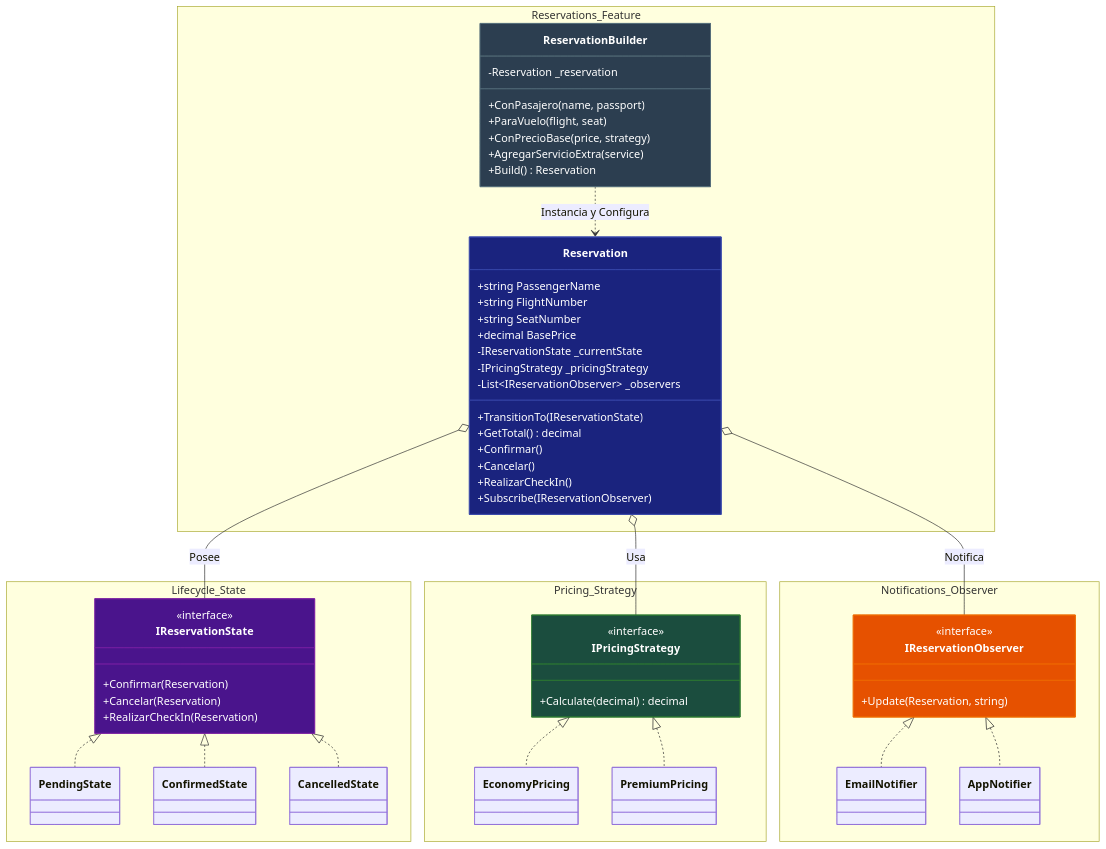
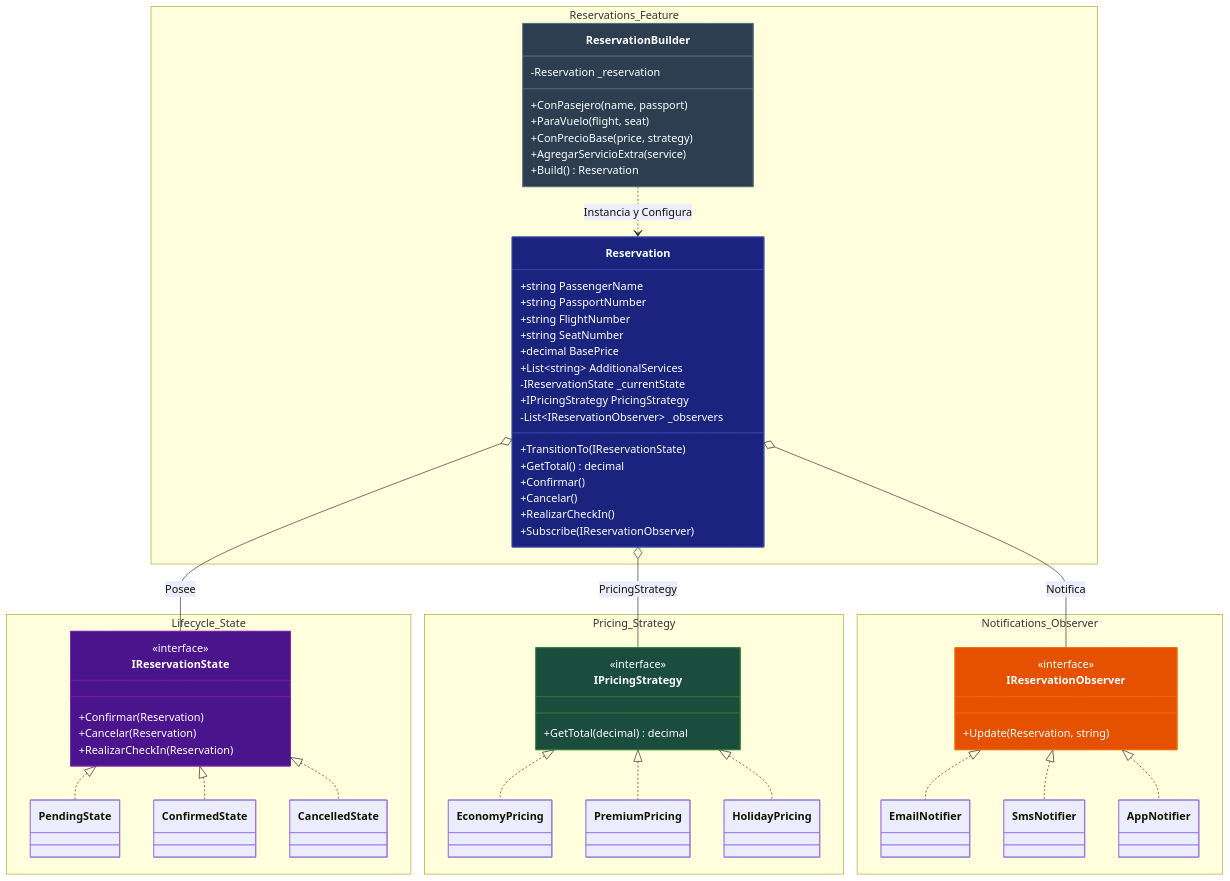
Before and after one commit to VOIDX66/ACS: the diagram in Patrones de Diseño/ReservasAerolinea/ARCHITECTURE.md, drawn with Mermaid. The commit also changed other lines of this file and 4 other files, not shown here.

Commit message:
Ajustes finales a los diagramas

```diff
--- a/Patrones de Diseño/ReservasAerolinea/ARCHITECTURE.md
+++ b/Patrones de Diseño/ReservasAerolinea/ARCHITECTURE.md
@@ -7,11 +9,13 @@
     namespace Reservations_Feature {
         class Reservation {
             +string PassengerName
+            +string PassportNumber
             +string FlightNumber
             +string SeatNumber
             +decimal BasePrice
+            +List~string~ AdditionalServices
             -IReservationState _currentState
-            -IPricingStrategy _pricingStrategy
+            +IPricingStrategy PricingStrategy
             -List~IReservationObserver~ _observers
             +TransitionTo(IReservationState)
             +GetTotal() decimal
@@ -23,7 +27,7 @@
 
         class ReservationBuilder {
             -Reservation _reservation
-            +ConPasajero(name, passport)
+            +ConPasejero(name, passport)
             +ParaVuelo(flight, seat)
             +ConPrecioBase(price, strategy)
             +AgregarServicioExtra(service)
@@ -46,10 +50,11 @@
     namespace Pricing_Strategy {
         class IPricingStrategy {
             <<interface>>
-            +Calculate(decimal) decimal
+            +GetTotal(decimal) decimal
         }
         class EconomyPricing
         class PremiumPricing
+        class HolidayPricing
     }
 
     namespace Notifications_Observer {
@@ -58,6 +63,7 @@
             +Update(Reservation, string)
         }
         class EmailNotifier
+        class SmsNotifier
         class AppNotifier
     }
 
@@ -71,13 +77,15 @@
     IReservationState <|.. CancelledState
 
     %% Relaciones de Estrategia
-    Reservation o-- IPricingStrategy : Usa
+    Reservation o-- IPricingStrategy : PricingStrategy
     IPricingStrategy <|.. EconomyPricing
     IPricingStrategy <|.. PremiumPricing
+    IPricingStrategy <|.. HolidayPricing
 
     %% Relaciones de Observación
     Reservation o-- IReservationObserver : Notifica
     IReservationObserver <|.. EmailNotifier
+    IReservationObserver <|.. SmsNotifier
     IReservationObserver <|.. AppNotifier
 
     %% Estilos Profesionales
```
